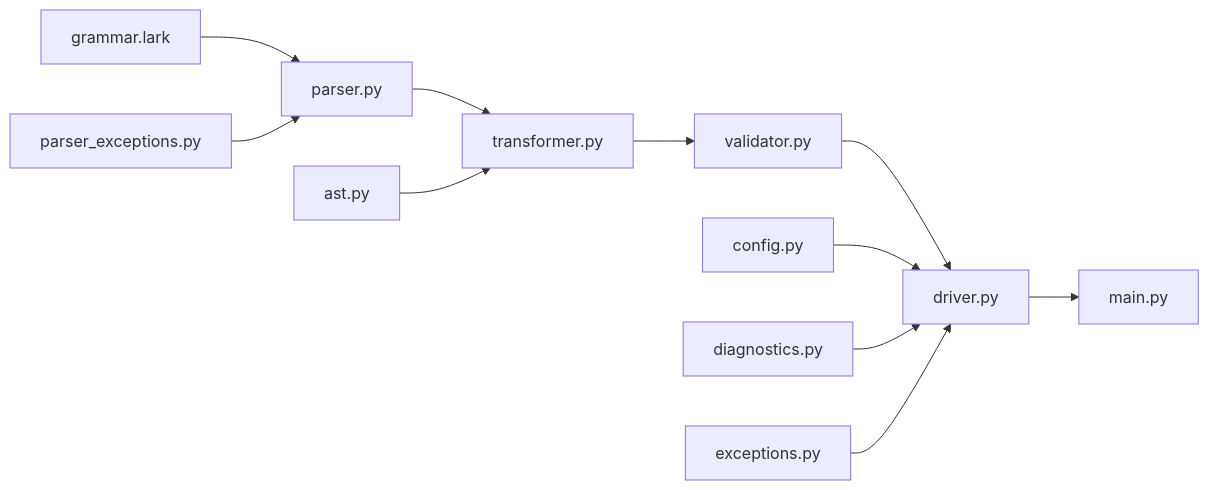
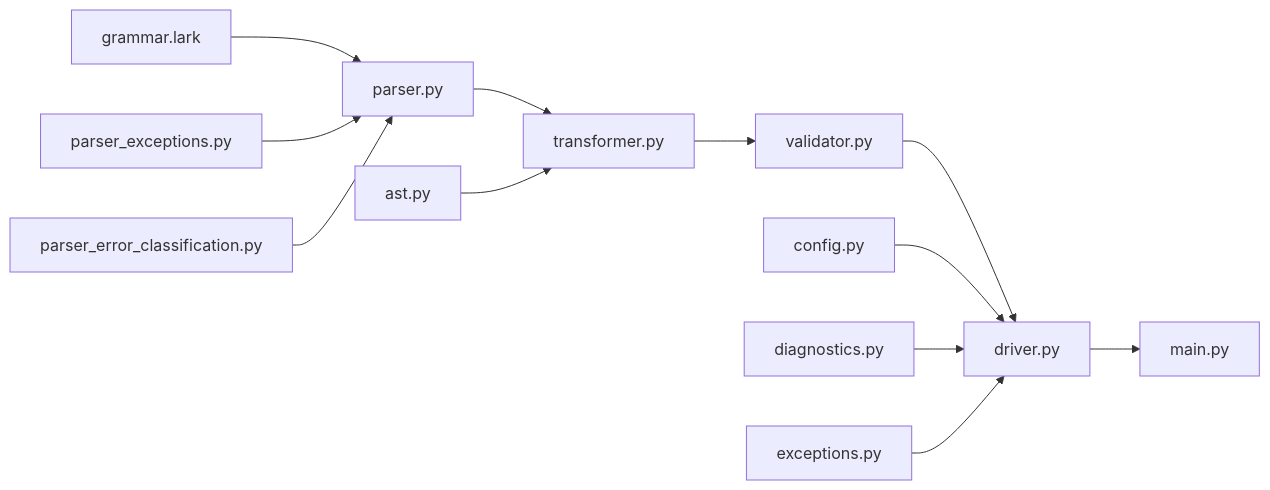
The diagram in define/AGENTS.md (define-lang/define), drawn with Mermaid before and after one commit. The commit also changed 3 other files, not shown here.

First line of the commit message:
refactor(compiler): extract error classification from parser into its own module

````diff
--- a/define/AGENTS.md
+++ b/define/AGENTS.md
@@ -26,15 +26,16 @@
 ```mermaid
 flowchart LR
     Grammar["grammar.lark"] --> Parser["parser.py"]
     ParseErrors["parser_exceptions.py"] --> Parser
+    ParserErrorClassification["parser_error_classification.py"] --> Parser
     Parser --> Transformer["transformer.py"]
     AST["ast.py"] --> Transformer
     Transformer --> Validator["validator.py"]
     Validator --> Driver["driver.py"]
 
     Config["config.py"] --> Driver
     Diagnostics["diagnostics.py"] --> Driver
     Exceptions["exceptions.py"] --> Driver
 
     Driver --> Main["main.py"]
 ```
````
